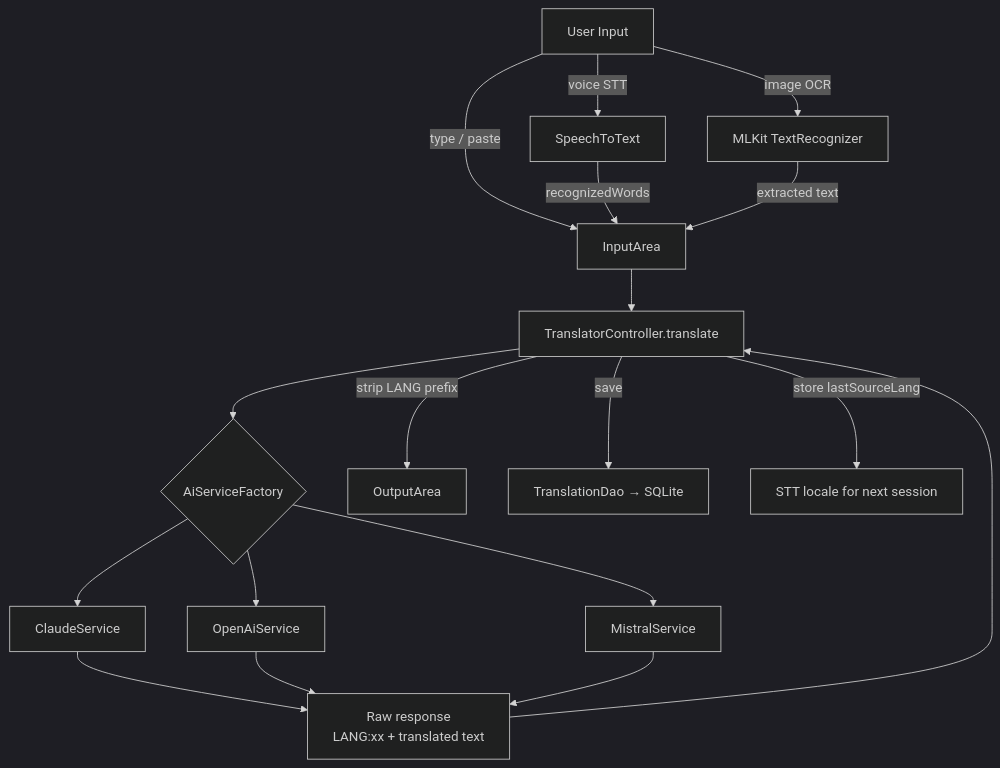
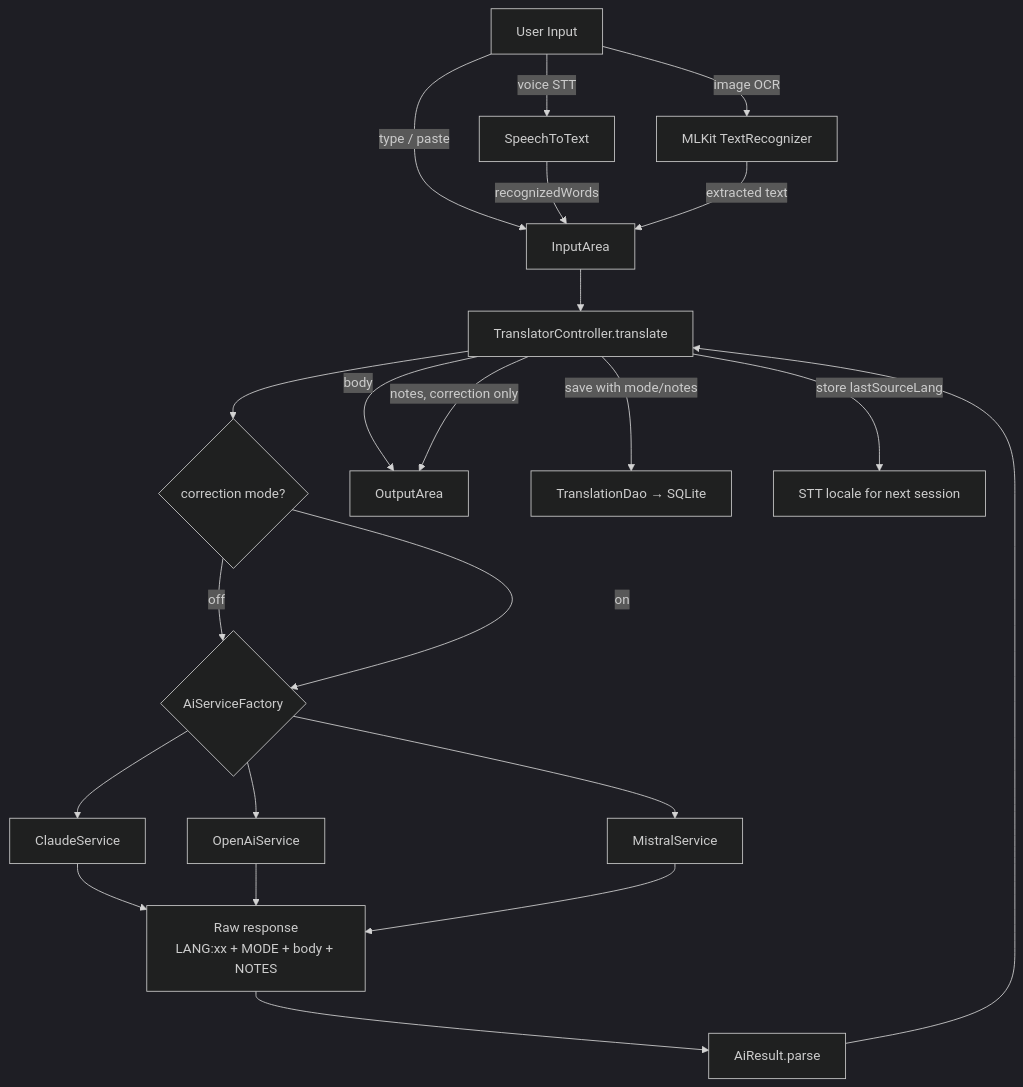
One commit to rdOxalis/tafsiri changed the first of 3 diagrams in docs/architecture.md. Above: the diagram before and after it, drawn with Mermaid (dark theme). The commit also changed other lines of this file and 50 other files, not shown here.

````diff
--- a/docs/architecture.md
+++ b/docs/architecture.md
@@ -40,18 +40,22 @@
 ```mermaid
 flowchart TD
     A[User Input] -->|type / paste| B[InputArea]
     A -->|voice STT| C[SpeechToText]
     A -->|image OCR| D[MLKit TextRecognizer]
     C -->|recognizedWords| B
     D -->|extracted text| B
     B --> E[TranslatorController.translate]
-    E --> F{AiServiceFactory}
+    E --> CM{correction mode?}
+    CM -->|off| F{AiServiceFactory}
+    CM -->|on| F
     F --> G[ClaudeService]
     F --> H[OpenAiService]
     F --> I[MistralService]
-    G & H & I --> J[Raw response\nLANG:xx + translated text]
-    J --> E
-    E -->|strip LANG prefix| K[OutputArea]
-    E -->|save| L[TranslationDao → SQLite]
+    G & H & I --> J[Raw response\nLANG:xx + MODE + body + NOTES]
+    J --> P[AiResult.parse]
+    P --> E
+    E -->|body| K[OutputArea]
+    E -->|notes, correction only| K
+    E -->|save with mode/notes| L[TranslationDao → SQLite]
     E -->|store lastSourceLang| M[STT locale for next session]
 ```
````
